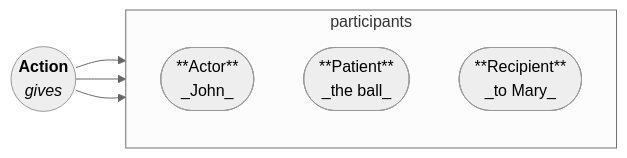
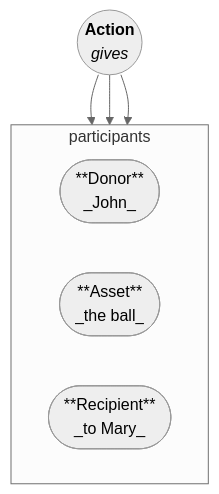
The third of 3 diagrams in en/docs/index.md (arcadia-lang/arcadia-lang.github.io), drawn with Mermaid (neutral theme) before and after one commit. The commit also changed other lines of this file and 7 other files, not shown here.

````diff
--- a/en/docs/index.md
+++ b/en/docs/index.md
@@ -57,13 +57,13 @@
 ```mermaid
-graph LR
+graph TB
   B@{ shape: circle, label: "**Action**<br/>_gives_" }
   subgraph participants
-    direction TB
-    A([**Actor**<br/>_John_])
-    C([**Patient**<br/>_the ball_])
+    direction LR
+    A([**Donor**<br/>_John_])
+    C([**Asset**<br/>_the ball_])
     D([**Recipient**<br/>_to Mary_])
   end
   B --> A
   B --> C
   B --> D
 ```
````
